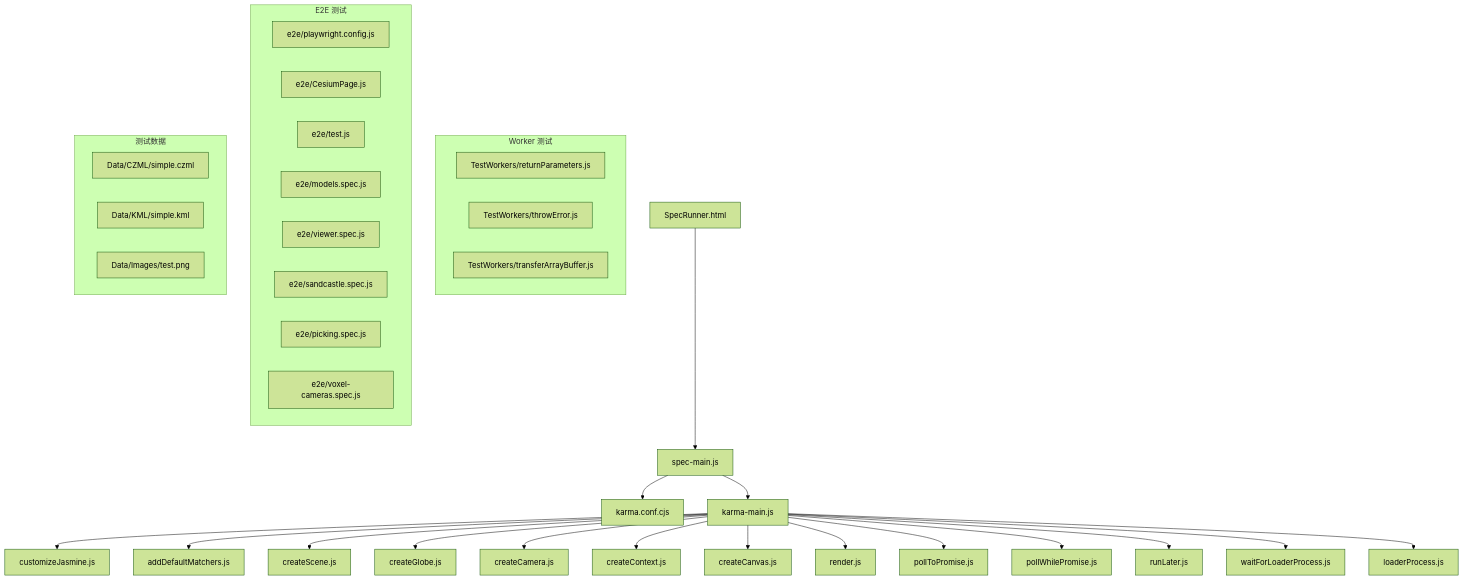
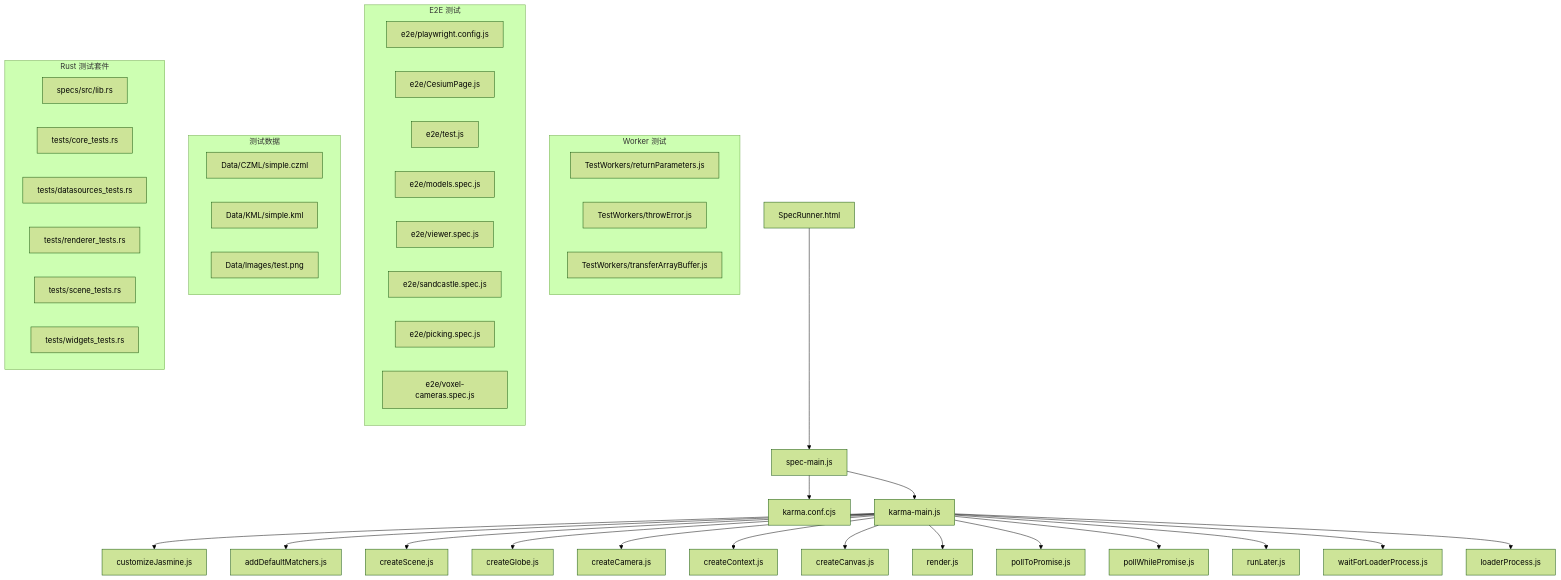
One commit to rzhangjing/cesium changed the first of 5 diagrams in .qoder/repowiki/zh/content/测试与调试/Specs测试框架.md. Above: the diagram before and after it, drawn with Mermaid (forest theme). The commit also changed other lines of this file and 28 other files, not shown here.

````diff
--- a/.qoder/repowiki/zh/content/测试与调试/Specs测试框架.md
+++ b/.qoder/repowiki/zh/content/测试与调试/Specs测试框架.md
@@ -63,39 +88,47 @@
 ```mermaid
 graph TB
 A["SpecRunner.html"] --> B["spec-main.js"]
 B --> C["karma.conf.cjs"]
 B --> D["karma-main.js"]
 D --> E["customizeJasmine.js"]
 D --> F["addDefaultMatchers.js"]
 D --> G["createScene.js"]
 D --> H["createGlobe.js"]
 D --> I["createCamera.js"]
 D --> J["createContext.js"]
 D --> K["createCanvas.js"]
 D --> L["render.js"]
 D --> M["pollToPromise.js"]
 D --> N["pollWhilePromise.js"]
 D --> O["runLater.js"]
 D --> P["waitForLoaderProcess.js"]
 D --> Q["loaderProcess.js"]
 subgraph "Worker 测试"
 R["TestWorkers/returnParameters.js"]
 S["TestWorkers/throwError.js"]
 T["TestWorkers/transferArrayBuffer.js"]
 end
 subgraph "E2E 测试"
 U["e2e/playwright.config.js"]
 V["e2e/CesiumPage.js"]
 W["e2e/test.js"]
 X["e2e/models.spec.js"]
 Y["e2e/viewer.spec.js"]
 Z["e2e/sandcastle.spec.js"]
 AA["e2e/picking.spec.js"]
 AB["e2e/voxel-cameras.spec.js"]
 end
 subgraph "测试数据"
 AC["Data/CZML/simple.czml"]
 AD["Data/KML/simple.kml"]
 AE["Data/Images/test.png"]
 end
+subgraph "Rust 测试套件"
+AF["specs/src/lib.rs"]
+AG["tests/core_tests.rs"]
+AH["tests/datasources_tests.rs"]
+AI["tests/renderer_tests.rs"]
+AJ["tests/scene_tests.rs"]
+AK["tests/widgets_tests.rs"]
+end
 ```
````
